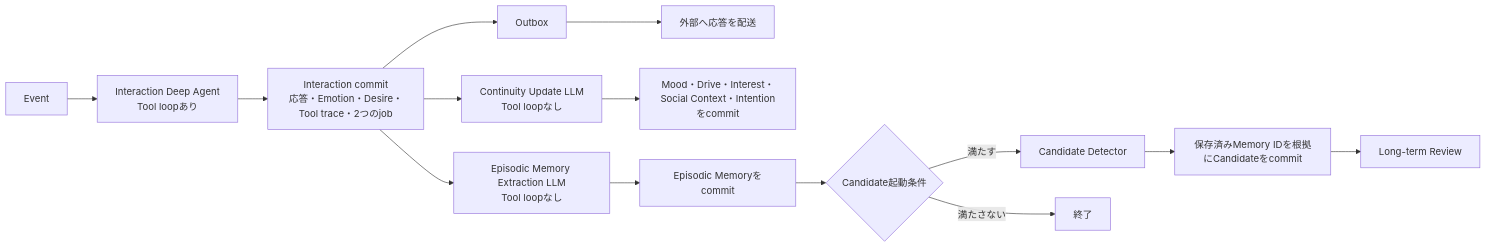
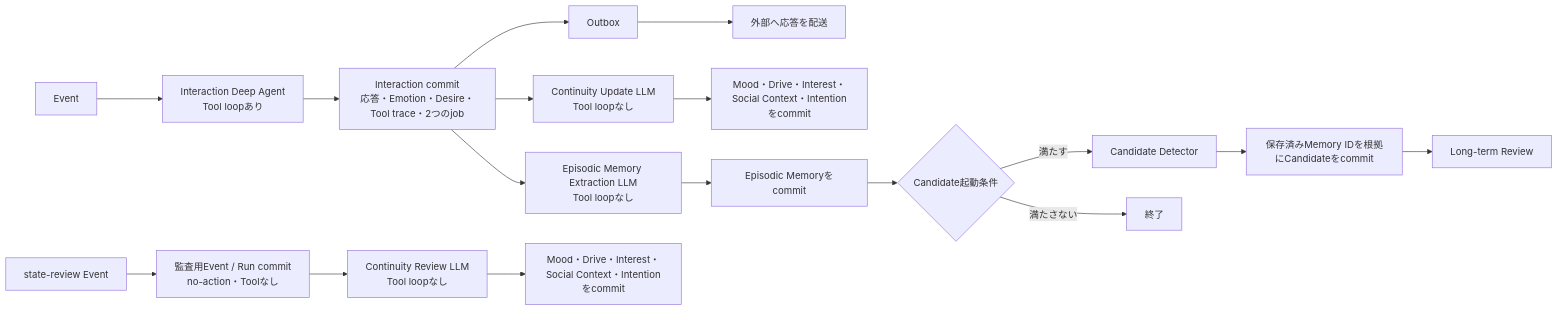
The third of 4 diagrams in docs/ARCHITECTURE.md (if001/social_agent), drawn with Mermaid before and after one commit. The commit also changed other lines of this file and 8 other files, not shown here.

Commit message:
fix: route state review directly to continuity

````diff
--- a/docs/ARCHITECTURE.md
+++ b/docs/ARCHITECTURE.md
@@ -260,16 +260,20 @@
 ```mermaid
 flowchart LR
     E[Event] --> I[Interaction Deep Agent<br/>Tool loopあり]
     I --> C[Interaction commit<br/>応答・Emotion・Desire・Tool trace・2つのjob]
     C --> O[Outbox]
     O --> Q[外部へ応答を配送]
     C --> U[Continuity Update LLM<br/>Tool loopなし]
     C --> M[Episodic Memory Extraction LLM<br/>Tool loopなし]
     U --> US[Mood・Drive・Interest・Social Context・Intentionをcommit]
     M --> MS[Episodic Memoryをcommit]
     MS --> G{Candidate起動条件}
     G -->|満たす| D[Candidate Detector]
     G -->|満たさない| X[終了]
     D --> DS[保存済みMemory IDを根拠にCandidateをcommit]
     DS --> R[Long-term Review]
+
+    SR[state-review Event] --> SC[監査用Event / Run commit<br/>no-action・Toolなし]
+    SC --> SU[Continuity Review LLM<br/>Tool loopなし]
+    SU --> SS[Mood・Drive・Interest・Social Context・Intentionをcommit]
 ```
````
